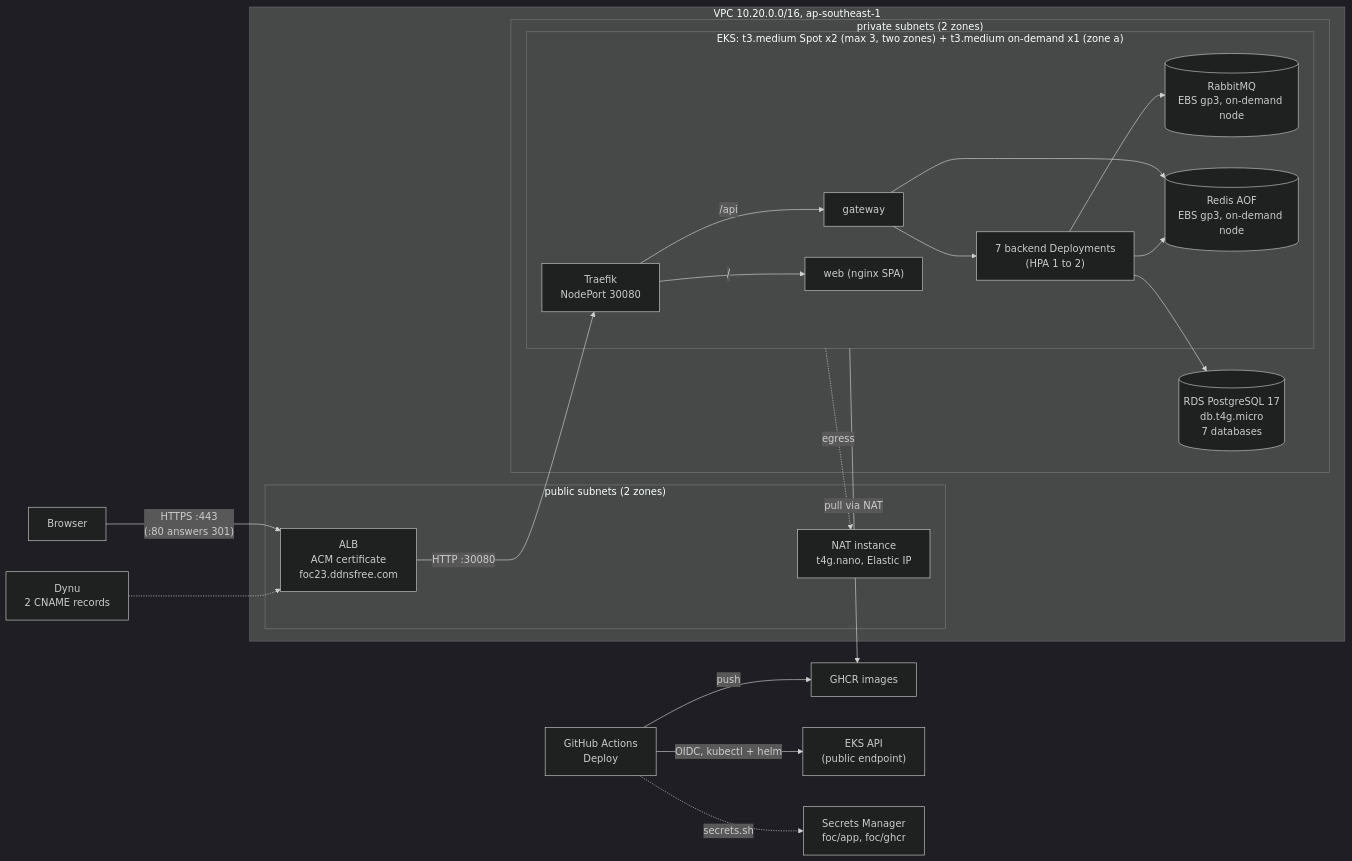
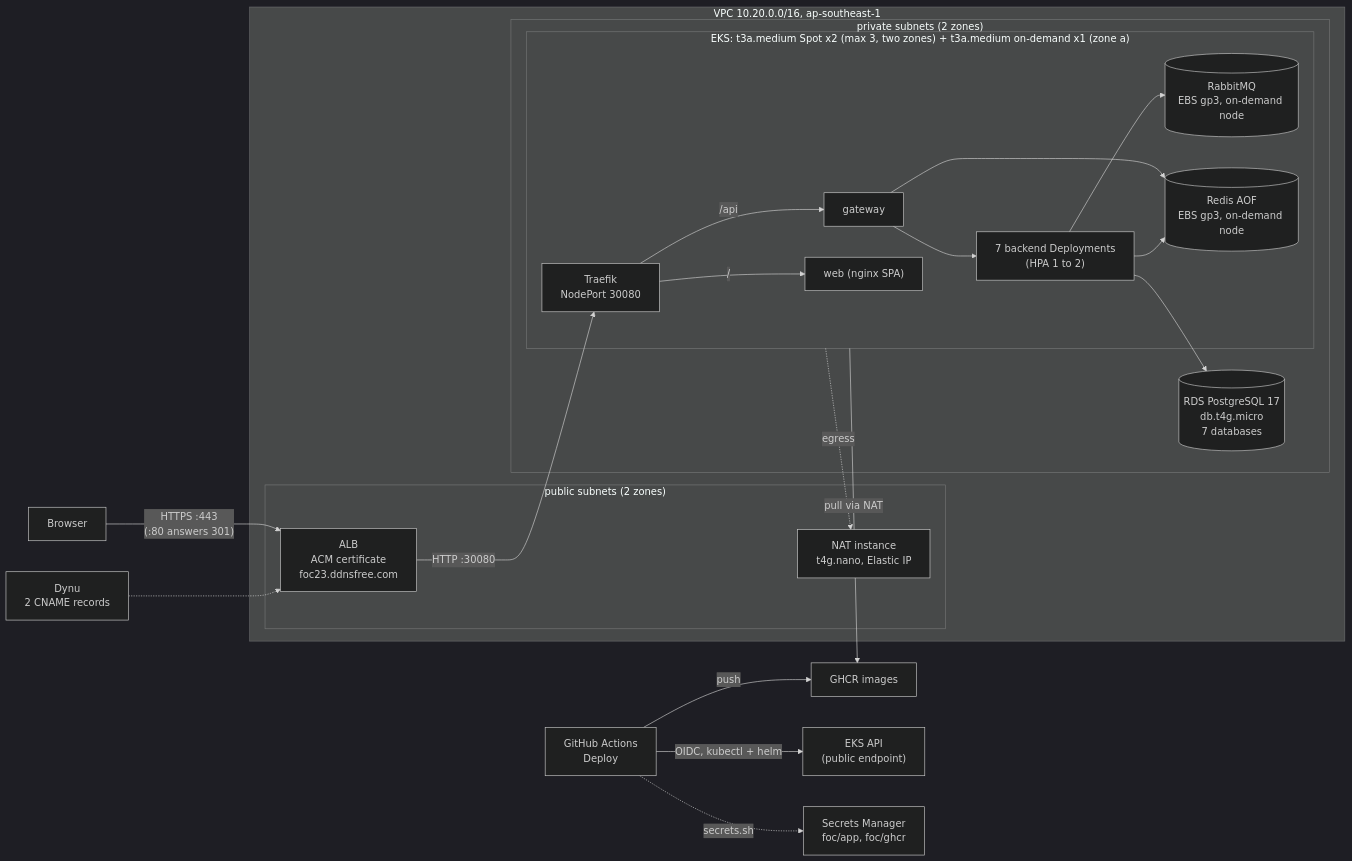
One commit to AY2627S1-CS3219-P23/foc changed the diagram in docs/deployment.md. Above: the diagram before and after it, drawn with Mermaid (dark theme). The commit also changed other lines of this file and 6 other files, not shown here.

````diff
--- a/docs/deployment.md
+++ b/docs/deployment.md
@@ -48,28 +50,28 @@
 ```mermaid
 flowchart LR
   browser["Browser"] -->|"HTTPS :443<br/>(:80 answers 301)"| alb["ALB<br/>ACM certificate<br/>foc23.ddnsfree.com"]
   dns["Dynu<br/>2 CNAME records"] -.-> alb
   subgraph vpc["VPC 10.20.0.0/16, ap-southeast-1"]
     subgraph pub["public subnets (2 zones)"]
       alb
       nat["NAT instance<br/>t4g.nano, Elastic IP"]
     end
     subgraph priv["private subnets (2 zones)"]
-      subgraph eks["EKS: t3.medium Spot x2 (max 3, two zones) + t3.medium on-demand x1 (zone a)"]
+      subgraph eks["EKS: t3a.medium Spot x2 (max 3, two zones) + t3a.medium on-demand x1 (zone a)"]
         traefik["Traefik<br/>NodePort 30080"] -->|"/api"| gateway
         traefik -->|"/"| web["web (nginx SPA)"]
         gateway --> svc["7 backend Deployments<br/>(HPA 1 to 2)"]
         svc --> mq[("RabbitMQ<br/>EBS gp3, on-demand node")]
         gateway --> redis[("Redis AOF<br/>EBS gp3, on-demand node")]
         svc --> redis
       end
       svc --> rds[("RDS PostgreSQL 17<br/>db.t4g.micro<br/>7 databases")]
     end
     alb -->|"HTTP :30080"| traefik
     eks -.->|"egress"| nat
   end
   gha["GitHub Actions<br/>Deploy"] -->|"push"| ghcr["GHCR images"]
   gha -->|"OIDC, kubectl + helm"| api["EKS API<br/>(public endpoint)"]
   gha -.->|"secrets.sh"| sm["Secrets Manager<br/>foc/app, foc/ghcr"]
   eks -->|"pull via NAT"| ghcr
 ```
````
